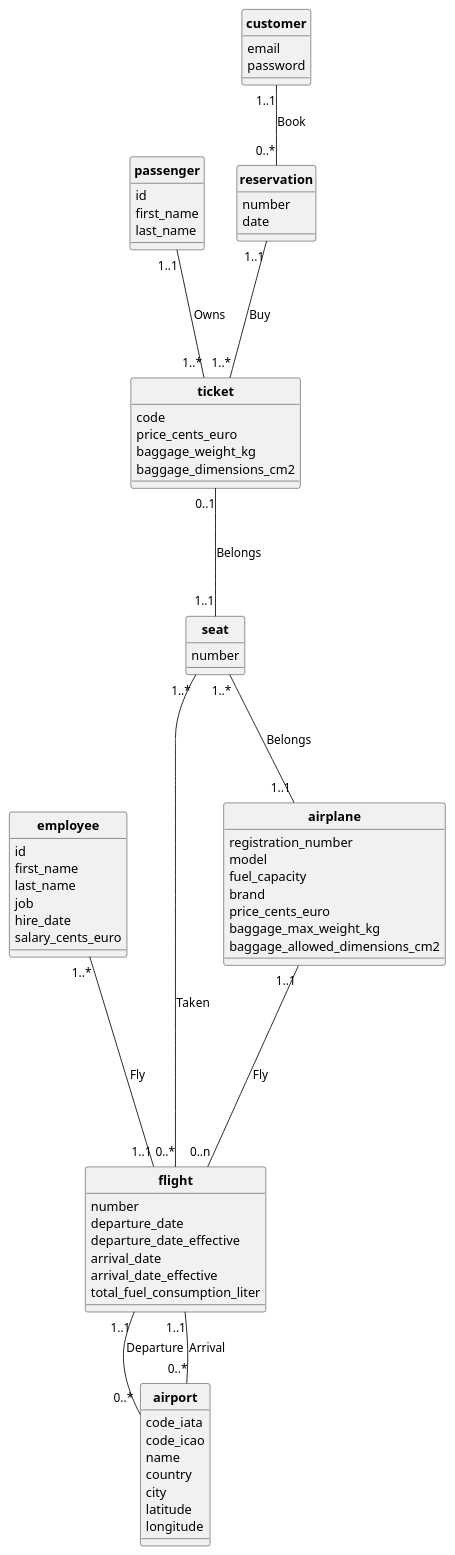
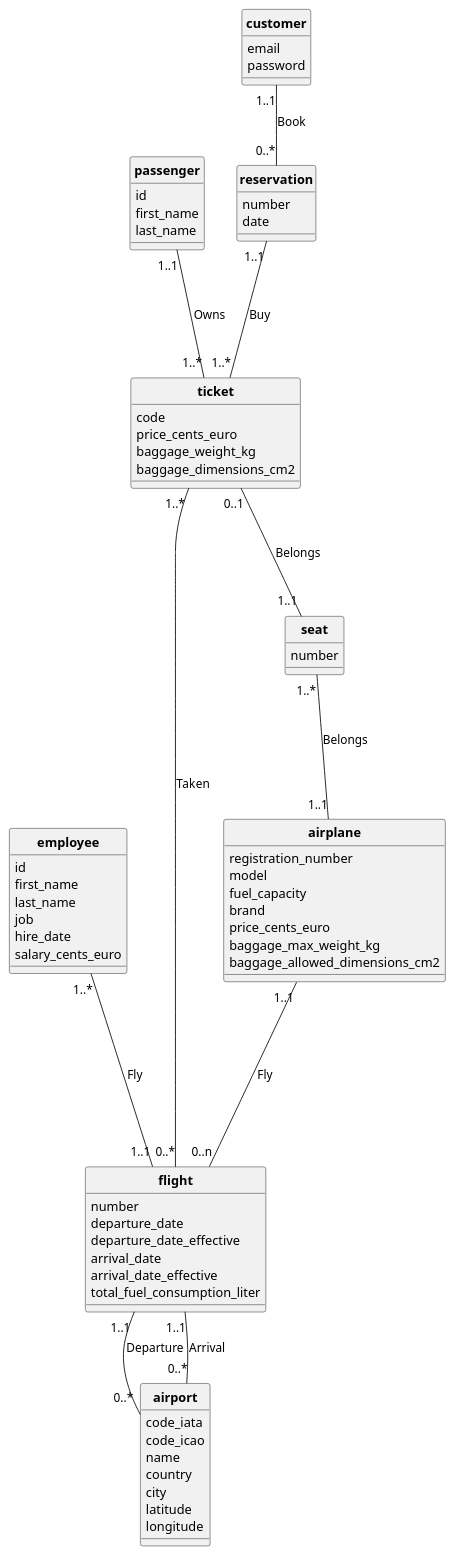
The diagram in MCD.puml (cnam-theoludwig/cnam-database), drawn with PlantUML before and after one commit. The commit also changed 4 other files, not shown here.

```diff
--- a/MCD.puml
+++ b/MCD.puml
@@ -1,86 +1,86 @@
 @startuml MCD
 
 skinparam style strictuml
 skinparam classAttributeIconSize 0
 skinparam classFontStyle Bold
 hide enum methods
 
 class flight {
   number
   departure_date
   departure_date_effective
   arrival_date
   arrival_date_effective
   total_fuel_consumption_liter
 }
 
 class airport {
   code_iata
   code_icao
   name
   country
   city
   latitude
   longitude
 }
 
 class airplane {
   registration_number
   model
   fuel_capacity
   brand
   price_cents_euro
   baggage_max_weight_kg
   baggage_allowed_dimensions_cm2
 }
 
 class employee {
   id
   first_name
   last_name
   job
   hire_date
   salary_cents_euro
 }
 
 class passenger {
   id
   first_name
   last_name
 }
 
 class ticket {
   code
   price_cents_euro
   baggage_weight_kg
   baggage_dimensions_cm2
 }
 
 class customer {
   email
   password
 }
 
 class seat {
   number
 }
 
 class reservation {
   number
   date
 }
 
 airplane "1..1" ---- "0..n" flight : Fly
 seat "1..*" --- "1..1" airplane : Belongs
 employee "1..*" ---- "1..1" flight : Fly
 passenger "1..1" --- "1..*" ticket : Owns
-flight "0..*" -l- "1..*" seat : Taken
+flight "0..*" -l- "1..*" ticket : Taken
 reservation "1..1" --- "1..*" ticket : Buy
 ticket "0..1" --- "1..1" seat : Belongs
 
 flight "1..1" -- "0..*" airport : Departure
 flight "1..1" -- "0..*" airport : Arrival
 
 customer "1..1" -- "0..*" reservation : Book
 
 @enduml
```
